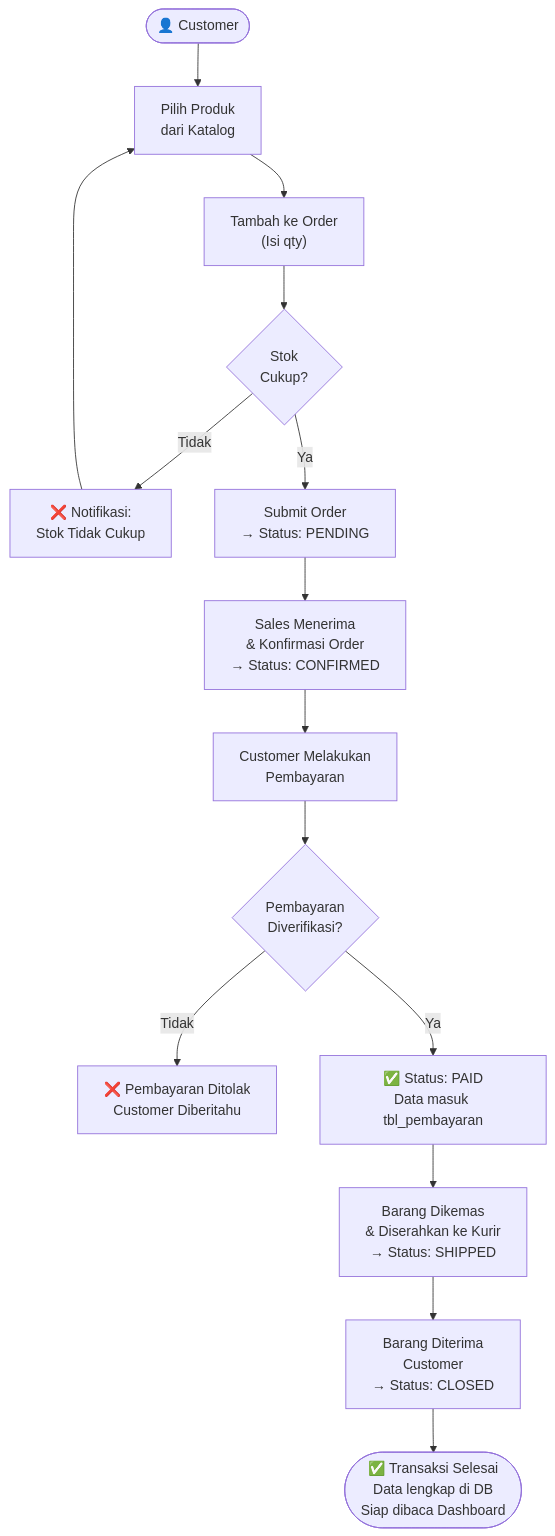
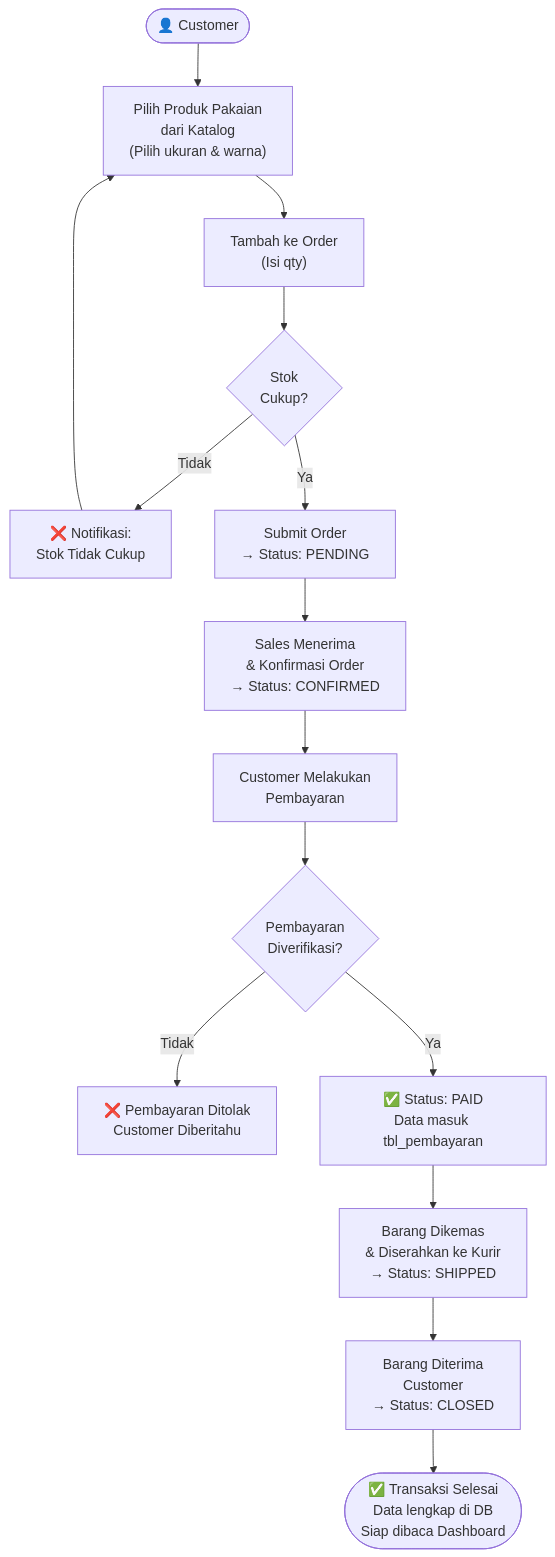
Before and after one commit to FadhliPohan/training-ai: the fifth of 10 diagrams in Self_Service_AI_Dashboard_PRD.md, drawn with Mermaid. The commit also changed other lines of this file and 1 other file, not shown here.

````diff
--- a/Self_Service_AI_Dashboard_PRD.md
+++ b/Self_Service_AI_Dashboard_PRD.md
@@ -367,17 +425,17 @@
 ```mermaid
 flowchart TD
-    A(["👤 Customer"]) --> B["Pilih Produk\ndari Katalog"]
+    A(["👤 Customer"]) --> B["Pilih Produk Pakaian\ndari Katalog\n(Pilih ukuran & warna)"]
     B --> C["Tambah ke Order\n(Isi qty)"]
     C --> D{"Stok\nCukup?"}
     D -->|Tidak| E["❌ Notifikasi:\nStok Tidak Cukup"]
     E --> B
     D -->|Ya| F["Submit Order\n→ Status: PENDING"]
     F --> G["Sales Menerima\n& Konfirmasi Order\n→ Status: CONFIRMED"]
     G --> H["Customer Melakukan\nPembayaran"]
     H --> I{"Pembayaran\nDiverifikasi?"}
     I -->|Tidak| J["❌ Pembayaran Ditolak\nCustomer Diberitahu"]
     I -->|Ya| K["✅ Status: PAID\nData masuk tbl_pembayaran"]
     K --> L["Barang Dikemas\n& Diserahkan ke Kurir\n→ Status: SHIPPED"]
     L --> M["Barang Diterima\nCustomer\n→ Status: CLOSED"]
     M --> N(["✅ Transaksi Selesai\nData lengkap di DB\nSiap dibaca Dashboard"])
 ```
````
